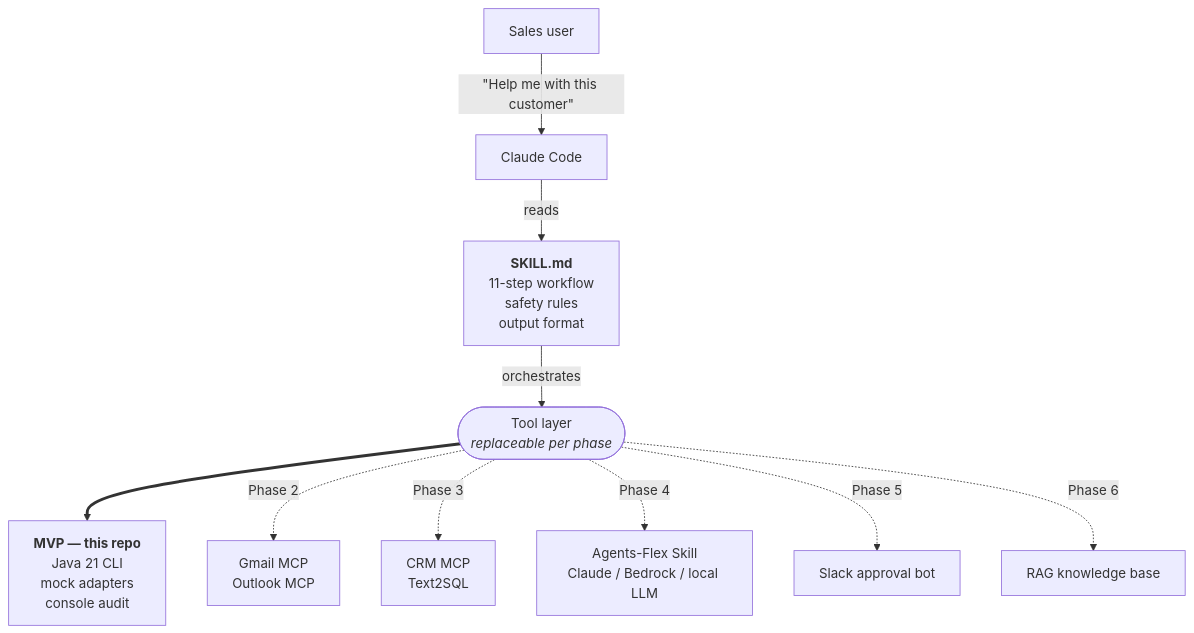
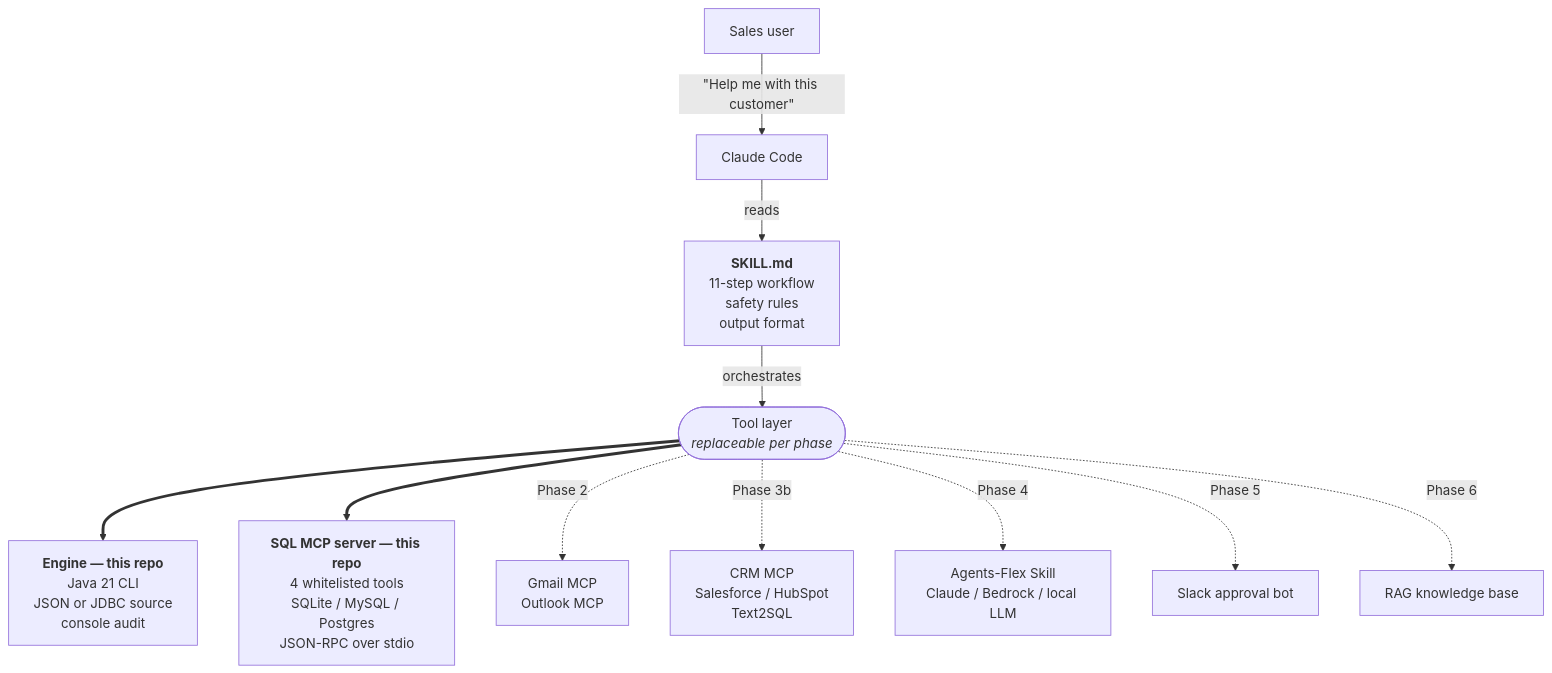
The first of 3 diagrams in README.md (xup6jammy/Sales-AI), drawn with Mermaid before and after one commit. The commit also changed other lines of this file and 10 other files, not shown here.

First line of the commit message:
docs: surface MCP server in READMEs, SKILL, architecture, and translations

````diff
--- a/README.md
+++ b/README.md
@@ -46,13 +46,14 @@
 ```mermaid
 flowchart TD
     user["Sales user"] -->|"&quot;Help me with this customer&quot;"| cc["Claude Code"]
     cc -->|reads| skill["<b>SKILL.md</b><br/>11-step workflow<br/>safety rules<br/>output format"]
     skill -->|orchestrates| tools(["Tool layer<br/><i>replaceable per phase</i>"])
 
-    tools ==> mvp["<b>MVP — this repo</b><br/>Java 21 CLI<br/>mock adapters<br/>console audit"]
+    tools ==> mvp["<b>Engine — this repo</b><br/>Java 21 CLI<br/>JSON or JDBC source<br/>console audit"]
+    tools ==> mcp["<b>SQL MCP server — this repo</b><br/>4 whitelisted tools<br/>SQLite / MySQL / Postgres<br/>JSON-RPC over stdio"]
     tools -.->|Phase 2| email["Gmail MCP<br/>Outlook MCP"]
-    tools -.->|Phase 3| crm["CRM MCP<br/>Text2SQL"]
+    tools -.->|Phase 3b| crm["CRM MCP<br/>Salesforce / HubSpot<br/>Text2SQL"]
     tools -.->|Phase 4| llm["Agents-Flex Skill<br/>Claude / Bedrock / local LLM"]
     tools -.->|Phase 5| approve["Slack approval bot"]
     tools -.->|Phase 6| rag["RAG knowledge base"]
 ```
````
